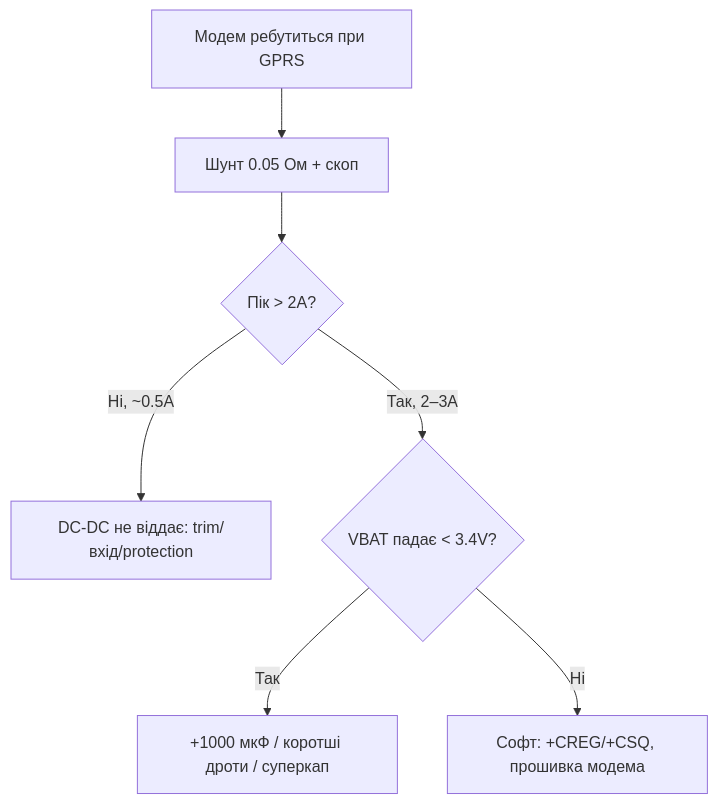
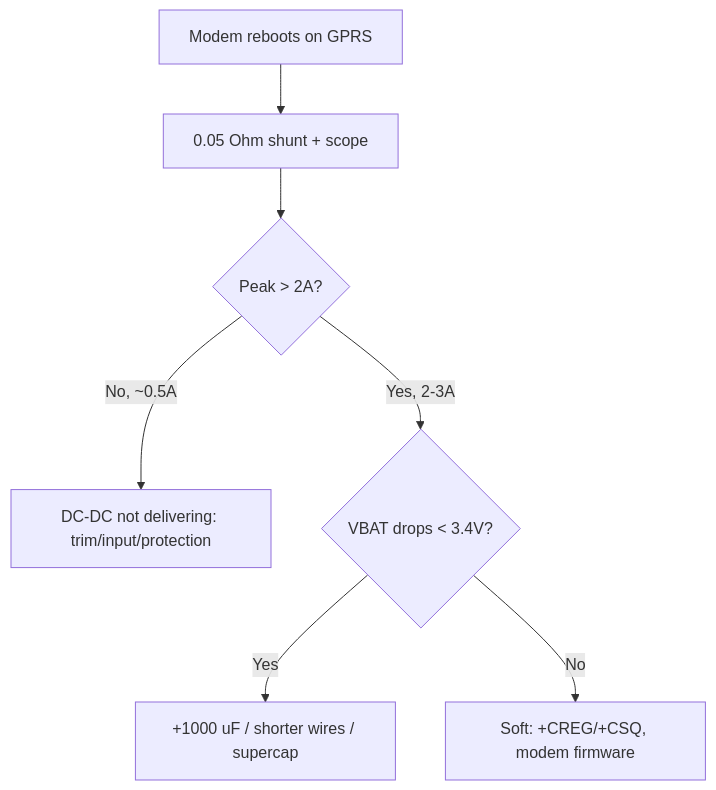
One commit to ksalab/embedded-reference changed the second of 3 diagrams in obsidian_vault/ESP32-Reference/EN/12-Comm-Modules/26-SIM-Power.en.md. Above: the diagram before and after it, drawn with Mermaid. The commit also changed other lines of this file and 76 other files, not shown here.

````diff
--- a/obsidian_vault/ESP32-Reference/EN/12-Comm-Modules/26-SIM-Power.en.md
+++ b/obsidian_vault/ESP32-Reference/EN/12-Comm-Modules/26-SIM-Power.en.md
@@ -242,9 +242,9 @@
 ```mermaid
 flowchart TB
-    M[Модем ребутиться при GPRS] --> SHUNT[Шунт 0.05 Ом + скоп]
-    SHUNT --> AMP{Пік > 2A?}
-    AMP -->|Ні, ~0.5A| PSU[DC-DC не віддає: trim/вхід/protection]
-    AMP -->|Так, 2–3A| SAG{VBAT падає < 3.4V?}
-    SAG -->|Так| CAP[+1000 мкФ / коротші дроти / суперкап]
-    SAG -->|Ні| ANT[Софт: +CREG/+CSQ, прошивка модема]
+    M[Modem reboots on GPRS] --> SHUNT[0.05 Ohm shunt + scope]
+    SHUNT --> AMP{Peak > 2A?}
+    AMP -->|No, ~0.5A| PSU[DC-DC not delivering: trim/input/protection]
+    AMP -->|Yes, 2-3A| SAG{VBAT drops < 3.4V?}
+    SAG -->|Yes| CAP[+1000 uF / shorter wires / supercap]
+    SAG -->|No| ANT[Soft: +CREG/+CSQ, modem firmware]
 ```
````
